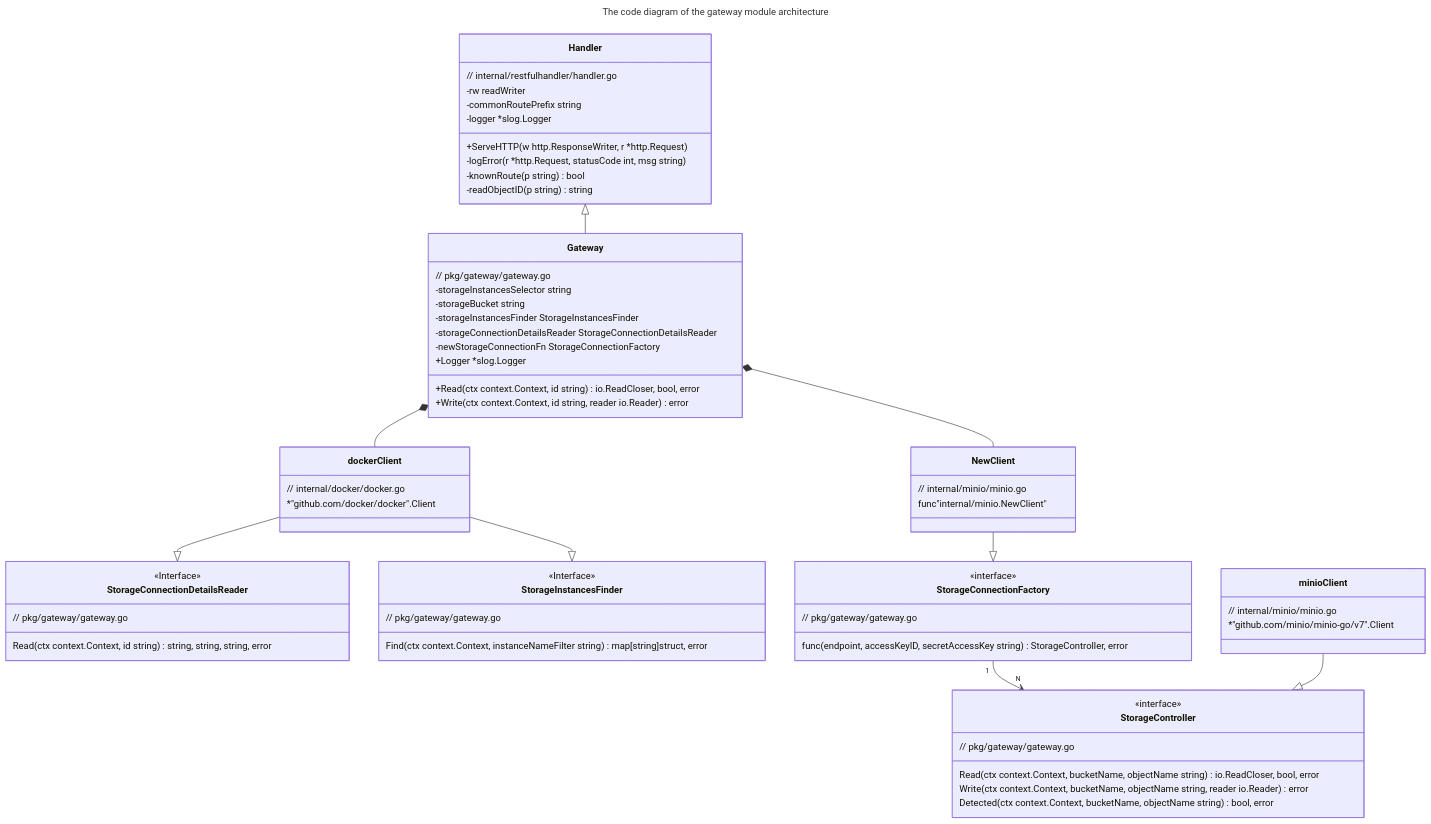
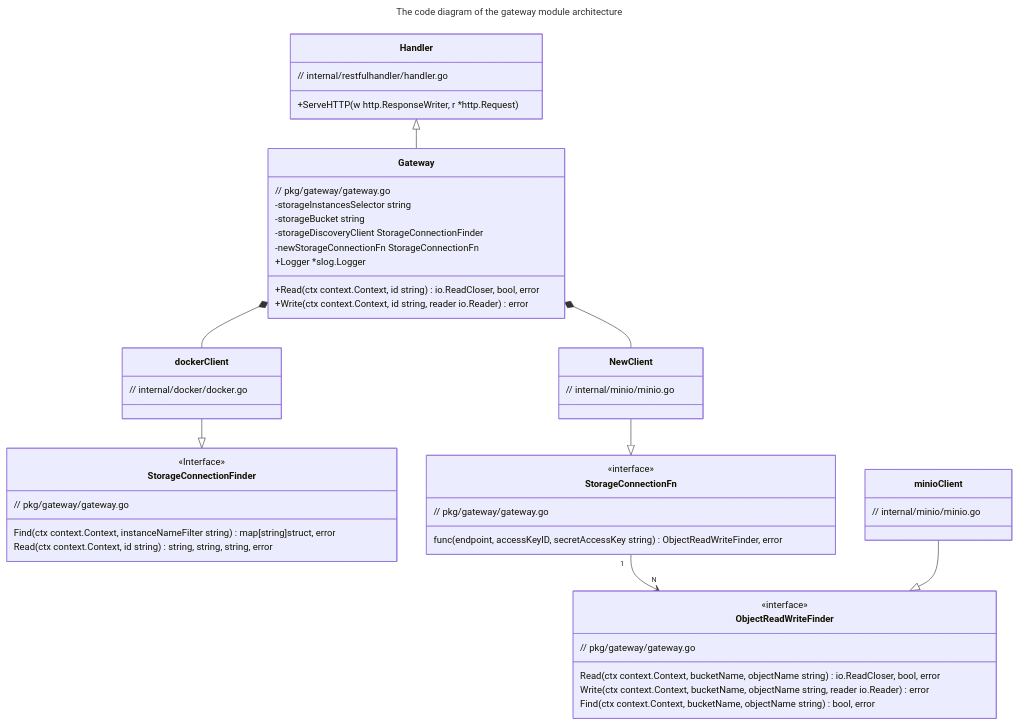
One commit to kislerdm/object-storage-gateway changed the diagram in README.md. Above: the diagram before and after it, drawn with Mermaid. The commit also changed other lines of this file and 6 other files, not shown here.

````diff
--- a/README.md
+++ b/README.md
@@ -92,82 +96,62 @@
 title: The code diagram of the gateway module architecture
 ---
 classDiagram
-    class Gateway {
-        // pkg/gateway/gateway.go
+  class Gateway {
+      // pkg/gateway/gateway.go
+      -storageInstancesSelector string
+      -storageBucket            string
+      -storageDiscoveryClient   StorageConnectionFinder
+      -newStorageConnectionFn   StorageConnectionFn
+       +Logger *slog.Logger
 
-        -storageInstancesSelector string
-        -storageBucket string
-        -storageInstancesFinder StorageInstancesFinder
-        -storageConnectionDetailsReader StorageConnectionDetailsReader
-        -newStorageConnectionFn StorageConnectionFactory
-        +Logger              *slog.Logger
+      +Read(ctx context.Context, id string) io.ReadCloser, bool, error
+      +Write(ctx context.Context, id string, reader io.Reader) error
+  }
 
-        +Read(ctx context.Context, id string) io.ReadCloser, bool, error
-        +Write(ctx context.Context, id string, reader io.Reader) error
-    }
+  class StorageConnectionFinder {
+      // pkg/gateway/gateway.go
+      <<Interface>>
+      Find(ctx context.Context, instanceNameFilter string) map[string]struct, error
+      Read(ctx context.Context, id string) string, string, string, error
+  }
 
-    class StorageConnectionDetailsReader {
-        // pkg/gateway/gateway.go
-        <<Interface>>
-        Read(ctx context.Context, id string) string, string, string, error
-    }
+  class ObjectReadWriteFinder {
+      // pkg/gateway/gateway.go
+      <<interface>>
+      Read(ctx context.Context, bucketName, objectName string) io.ReadCloser, bool, error
+      Write(ctx context.Context, bucketName, objectName string, reader io.Reader) error
+      Find(ctx context.Context, bucketName, objectName string) bool, error
+  }
 
-    class StorageInstancesFinder {
-        // pkg/gateway/gateway.go
-        <<Interface>>
-        Find(ctx context.Context, instanceNameFilter string) map[string]struct, error
-    }
+  class StorageConnectionFn {
+      // pkg/gateway/gateway.go
+      <<interface>>
+      func(endpoint, accessKeyID, secretAccessKey string) ObjectReadWriteFinder, error
+  }
 
-    class StorageController {
-        // pkg/gateway/gateway.go
-        <<interface>>
-        Read(ctx context.Context, bucketName, objectName string) io.ReadCloser, bool, error
-        Write(ctx context.Context, bucketName, objectName string, reader io.Reader) error
-        Detected(ctx context.Context, bucketName, objectName string) bool, error
-    }
+  class Handler {
+      // internal/restfulhandler/handler.go
+      +ServeHTTP(w http.ResponseWriter, r *http.Request)
+  }
 
-    class StorageConnectionFactory {
-        // pkg/gateway/gateway.go
-        <<interface>>
-        func(endpoint, accessKeyID, secretAccessKey string) StorageController, error
-    }
+  class dockerClient {
+      // internal/docker/docker.go
+  }
 
-    class Handler {
-        // internal/restfulhandler/handler.go
-        -rw readWriter
-        -commonRoutePrefix string
-        -logger            *slog.Logger
-        +ServeHTTP(w http.ResponseWriter, r *http.Request)
-        -logError(r *http.Request, statusCode int, msg string)
-        -knownRoute(p string) bool
-        -readObjectID(p string) string
-    }
+  class minioClient {
+  // internal/minio/minio.go
+  }
 
-    class dockerClient {
-// internal/docker/docker.go
-*"github.com/docker/docker".Client
-}
+  class NewClient {
+  // internal/minio/minio.go
+  }
 
-class minioClient {
-// internal/minio/minio.go
-*"github.com/minio/minio-go/v7".Client
-}
-
-class NewClient {
-// internal/minio/minio.go
-func"internal/minio.NewClient"
-    }
-
-StorageConnectionFactory"1"-->"N"StorageController
-
-minioClient --|> StorageController
-dockerClient --|> StorageConnectionDetailsReader
-dockerClient --|> StorageInstancesFinder
-
-NewClient --|>StorageConnectionFactory
-
-Gateway *--dockerClient
-Gateway *--NewClient
-
-Handler <|-- Gateway
+  StorageConnectionFn "1" --> "N" ObjectReadWriteFinder
+  
+  minioClient --|> ObjectReadWriteFinder
+  dockerClient --|> StorageConnectionFinder
+  NewClient --|> StorageConnectionFn
+  Gateway *-- dockerClient
+  Gateway *-- NewClient
+  Handler <|-- Gateway
 ```
````
